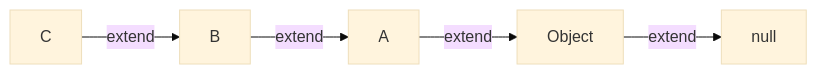
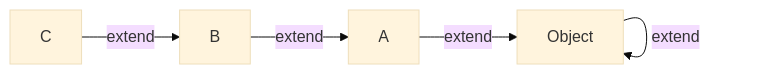
The third of 4 diagrams in reference/Object_and_Method.md (sap-lang/.github), drawn with Mermaid (base theme) before and after one commit. The commit also changed 16 other files, not shown here.

Commit message:
添加贡献指南，更新 README，增加图像和新章节，添加错误处理和函数保护文档，更新隐式参数文档，添加 ZEN 文档，设置文件属性，删除不必要的实现文件

````diff
--- a/reference/Object_and_Method.md
+++ b/reference/Object_and_Method.md
@@ -93,7 +93,7 @@
 ```mermaid
 flowchart LR
     C -->|extend| B
     B -->|extend| A
     A -->|extend| Object
-    Object -->|extend| null
+    Object -->|extend| Object
 ```
````
